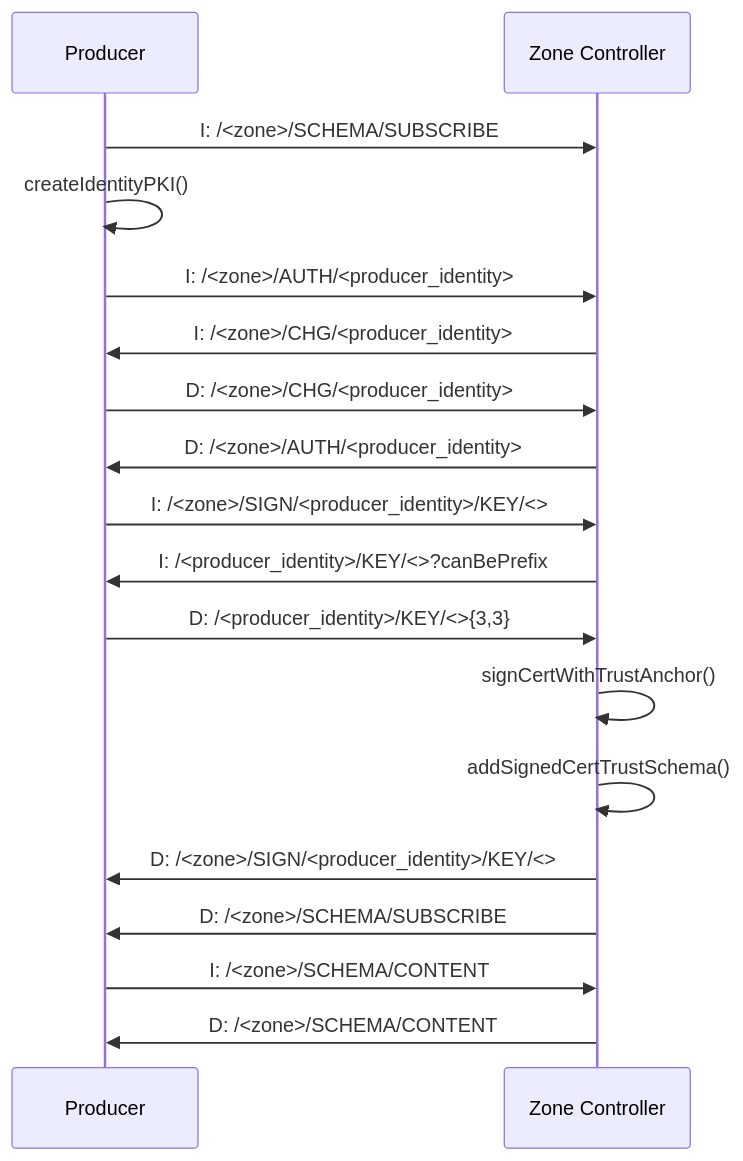
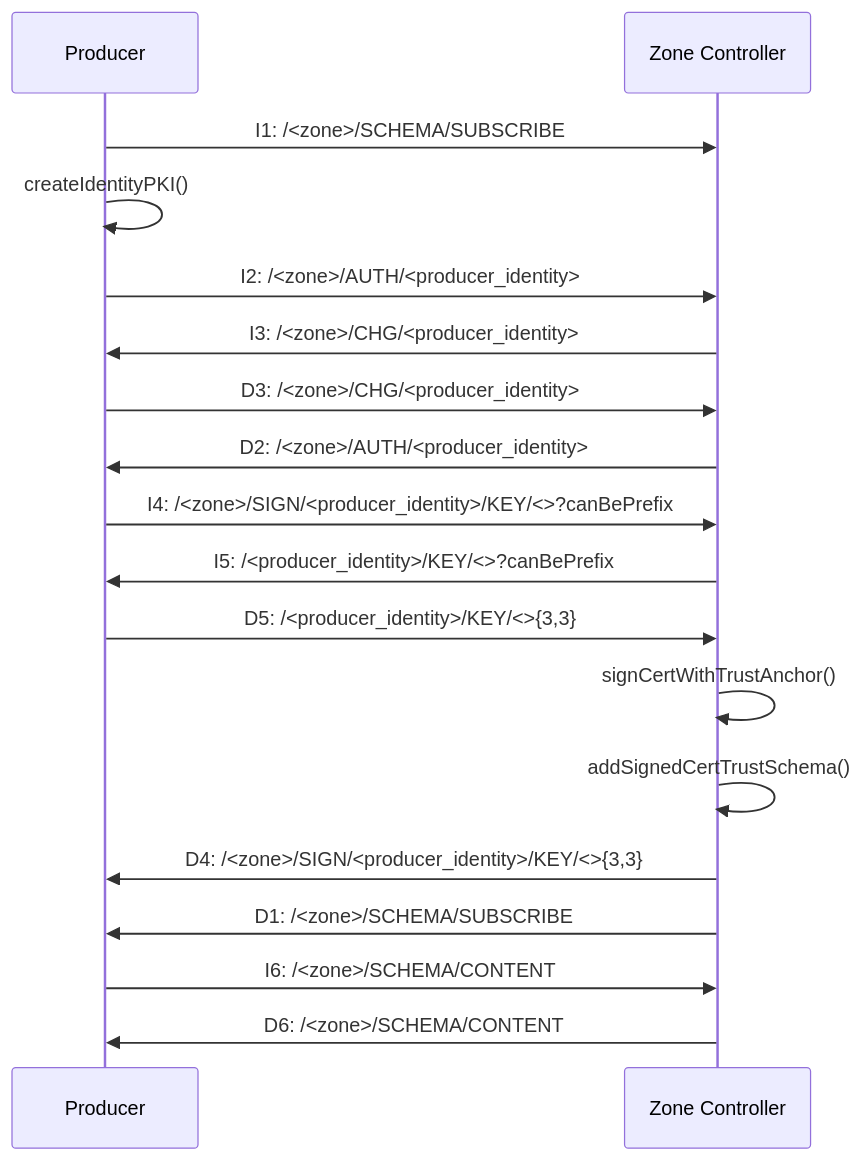
One commit to andre-romano/ndn-secure-bootstrap changed the diagram in README.md. Above: the diagram before and after it, drawn with Mermaid. The commit also changed 2 other files, not shown here.

Commit message:
new diagram

````diff
--- a/README.md
+++ b/README.md
@@ -185,21 +185,21 @@
 ```mermaid
 sequenceDiagram
     participant Producer
     participant Zone Controller
 
-    Producer->>Zone Controller: I: /<zone>/SCHEMA/SUBSCRIBE    
+    Producer->>Zone Controller: I1: /<zone>/SCHEMA/SUBSCRIBE    
     Producer->>Producer: createIdentityPKI()
-    Producer->>Zone Controller: I: /<zone>/AUTH/<producer_identity>
-    Zone Controller->>Producer: I: /<zone>/CHG/<producer_identity>
-    Producer->>Zone Controller: D: /<zone>/CHG/<producer_identity>
-    Zone Controller->>Producer: D: /<zone>/AUTH/<producer_identity>
-    Producer->>Zone Controller: I: /<zone>/SIGN/<producer_identity>/KEY/<>
-    Zone Controller->>Producer: I: /<producer_identity>/KEY/<>?canBePrefix
-    Producer->>Zone Controller: D: /<producer_identity>/KEY/<>{3,3}
+    Producer->>Zone Controller: I2: /<zone>/AUTH/<producer_identity>
+    Zone Controller->>Producer: I3: /<zone>/CHG/<producer_identity>
+    Producer->>Zone Controller: D3: /<zone>/CHG/<producer_identity>
+    Zone Controller->>Producer: D2: /<zone>/AUTH/<producer_identity>
+    Producer->>Zone Controller: I4: /<zone>/SIGN/<producer_identity>/KEY/<>?canBePrefix
+    Zone Controller->>Producer: I5: /<producer_identity>/KEY/<>?canBePrefix
+    Producer->>Zone Controller: D5: /<producer_identity>/KEY/<>{3,3}
     Zone Controller->>Zone Controller: signCertWithTrustAnchor()
     Zone Controller->>Zone Controller: addSignedCertTrustSchema()
-    Zone Controller->>Producer: D: /<zone>/SIGN/<producer_identity>/KEY/<>
-    Zone Controller->>Producer: D: /<zone>/SCHEMA/SUBSCRIBE    
-    Producer->>Zone Controller: I: /<zone>/SCHEMA/CONTENT
-    Zone Controller->>Producer: D: /<zone>/SCHEMA/CONTENT    
+    Zone Controller->>Producer: D4: /<zone>/SIGN/<producer_identity>/KEY/<>{3,3}
+    Zone Controller->>Producer: D1: /<zone>/SCHEMA/SUBSCRIBE    
+    Producer->>Zone Controller: I6: /<zone>/SCHEMA/CONTENT
+    Zone Controller->>Producer: D6: /<zone>/SCHEMA/CONTENT    
 ```
````
